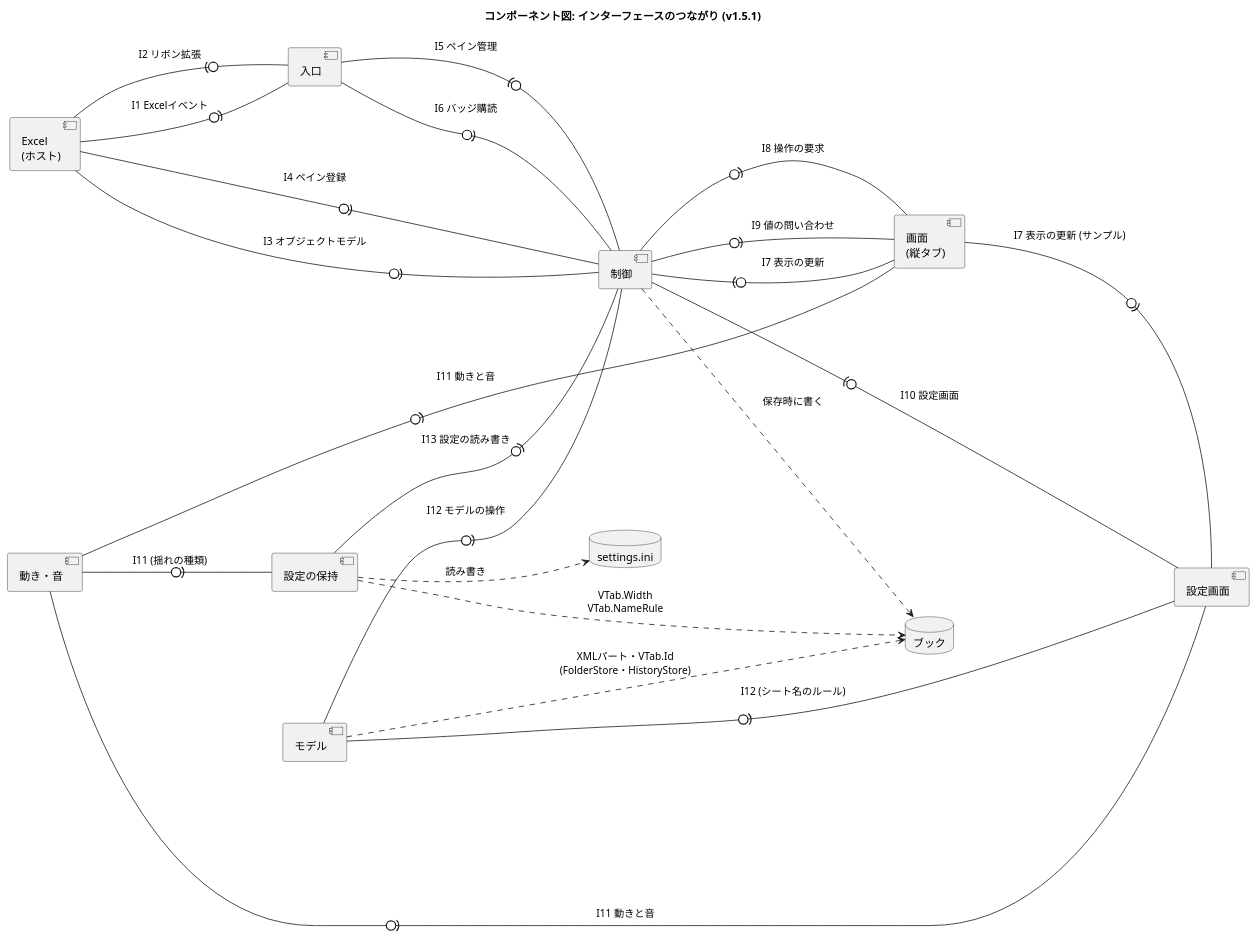
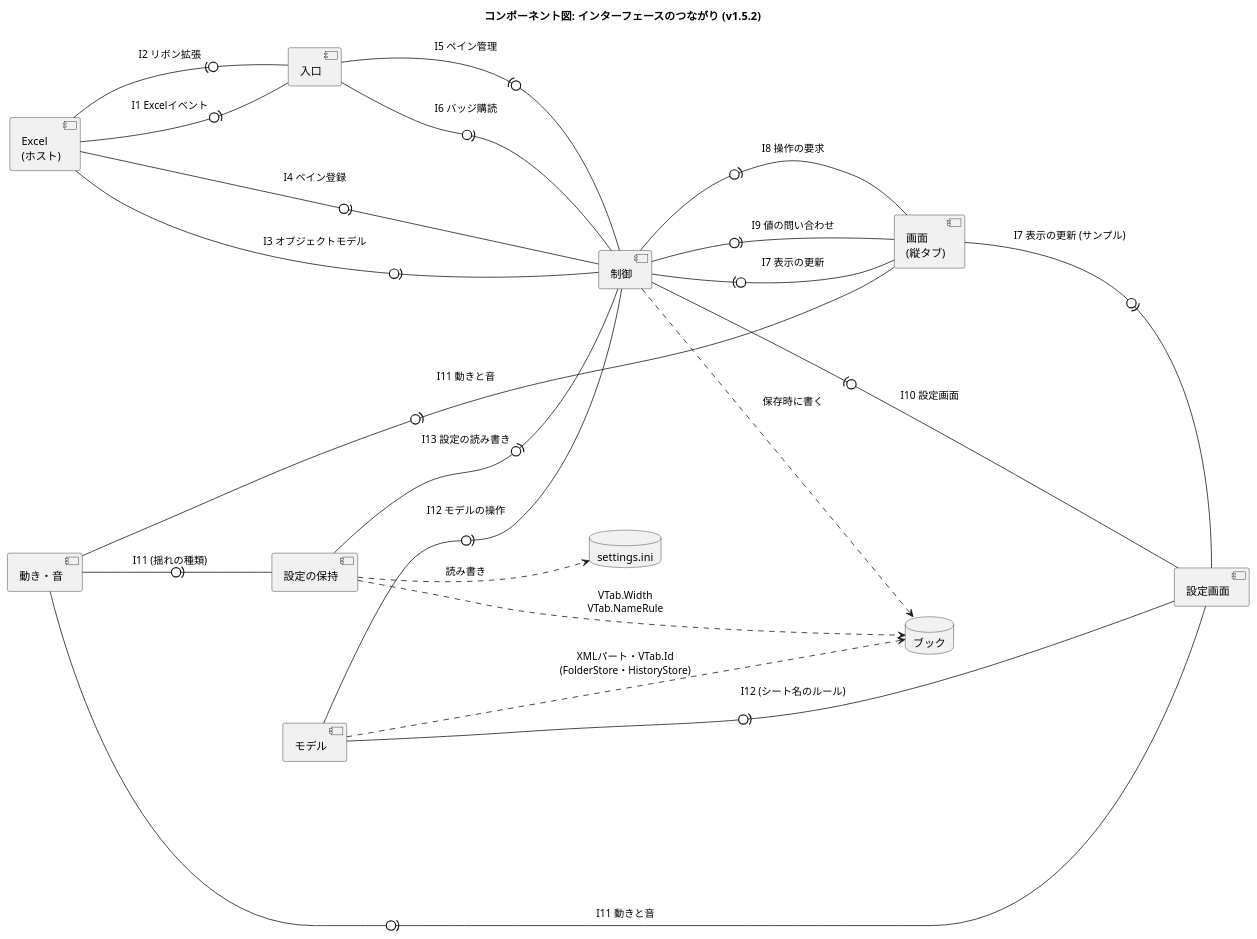
One commit to nk-taka623/VerticalSheetTabs changed the diagram in docs/component-interface.puml. Above: the diagram before and after it, drawn with PlantUML. The commit also changed 14 other files, not shown here.

```diff
--- a/docs/component-interface.puml
+++ b/docs/component-interface.puml
@@ -1,43 +1,43 @@
 @startuml
-title コンポーネント図: インターフェースのつながり (v1.5.1)
+title コンポーネント図: インターフェースのつながり (v1.5.2)
 left to right direction
 skinparam componentStyle uml2
 skinparam shadowing false
 skinparam nodesep 50
 skinparam ranksep 110
 
 component "Excel\n(ホスト)" as HOST
 component "入口" as ENTRY
 component "制御" as CTRL
 component "画面\n(縦タブ)" as VIEW
 component "設定画面" as SETTINGS
 component "動き・音" as FX
 component "モデル" as MODEL
 component "設定の保持" as CONFIG
 database "ブック" as BOOK
 database "settings.ini" as INI
 
 ' 「提供側 -0)- 利用側」: 丸が提供するインターフェース、受け口が利用 (I1 から I13 は、DEVELOPMENT.md の表)
 HOST -0)- ENTRY : I1 Excelイベント
 ENTRY -0)- HOST : I2 リボン拡張
 HOST -0)- CTRL : I3 オブジェクトモデル
 HOST -0)- CTRL : I4 ペイン登録
 CTRL -0)- ENTRY : I5 ペイン管理
 ENTRY -0)- CTRL : I6 バッジ購読
 VIEW -0)- CTRL : I7 表示の更新
 CTRL -0)- VIEW : I8 操作の要求
 CTRL -0)- VIEW : I9 値の問い合わせ
 SETTINGS -0)- CTRL : I10 設定画面
 VIEW -0)- SETTINGS : I7 表示の更新 (サンプル)
 FX -0)- VIEW : I11 動きと音
 FX -0)- SETTINGS : I11 動きと音
 FX -0)- CONFIG : I11 (揺れの種類)
 MODEL -0)- CTRL : I12 モデルの操作
 MODEL -0)- SETTINGS : I12 (シート名のルール)
 CONFIG -0)- CTRL : I13 設定の読み書き
 
 CTRL ..> BOOK : 保存時に書く
 MODEL ..> BOOK : XMLパート・VTab.Id\n(FolderStore・HistoryStore)
 CONFIG ..> BOOK : VTab.Width\nVTab.NameRule
 CONFIG ..> INI : 読み書き
 @enduml
```
